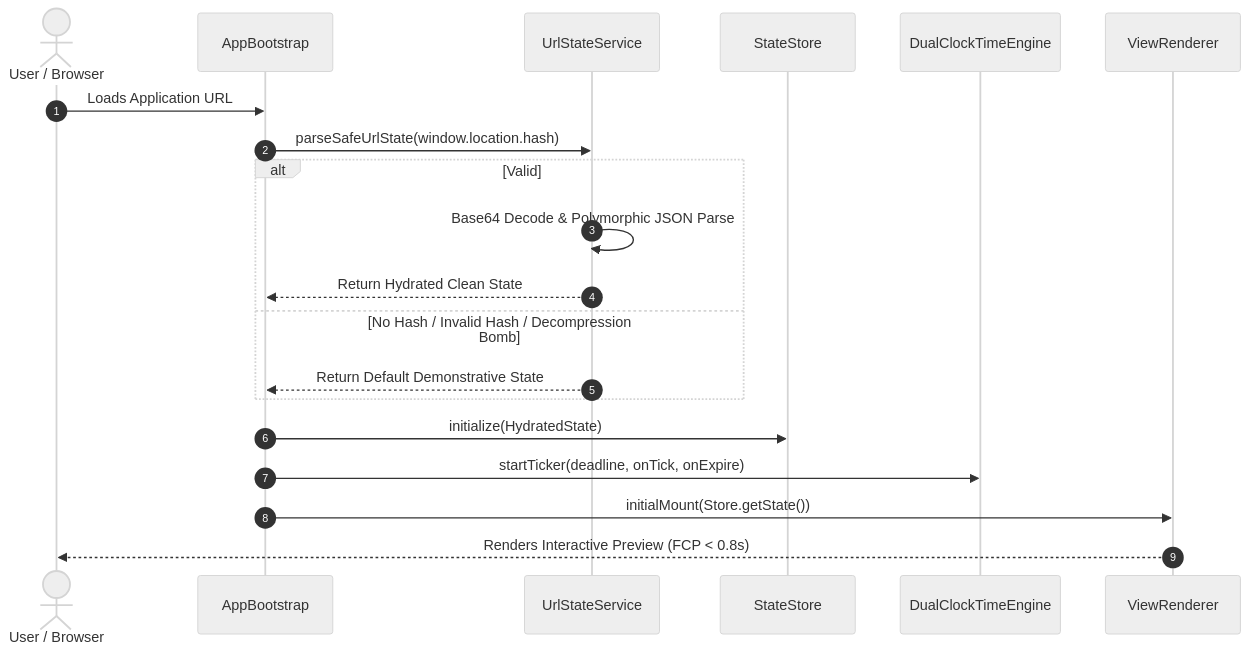
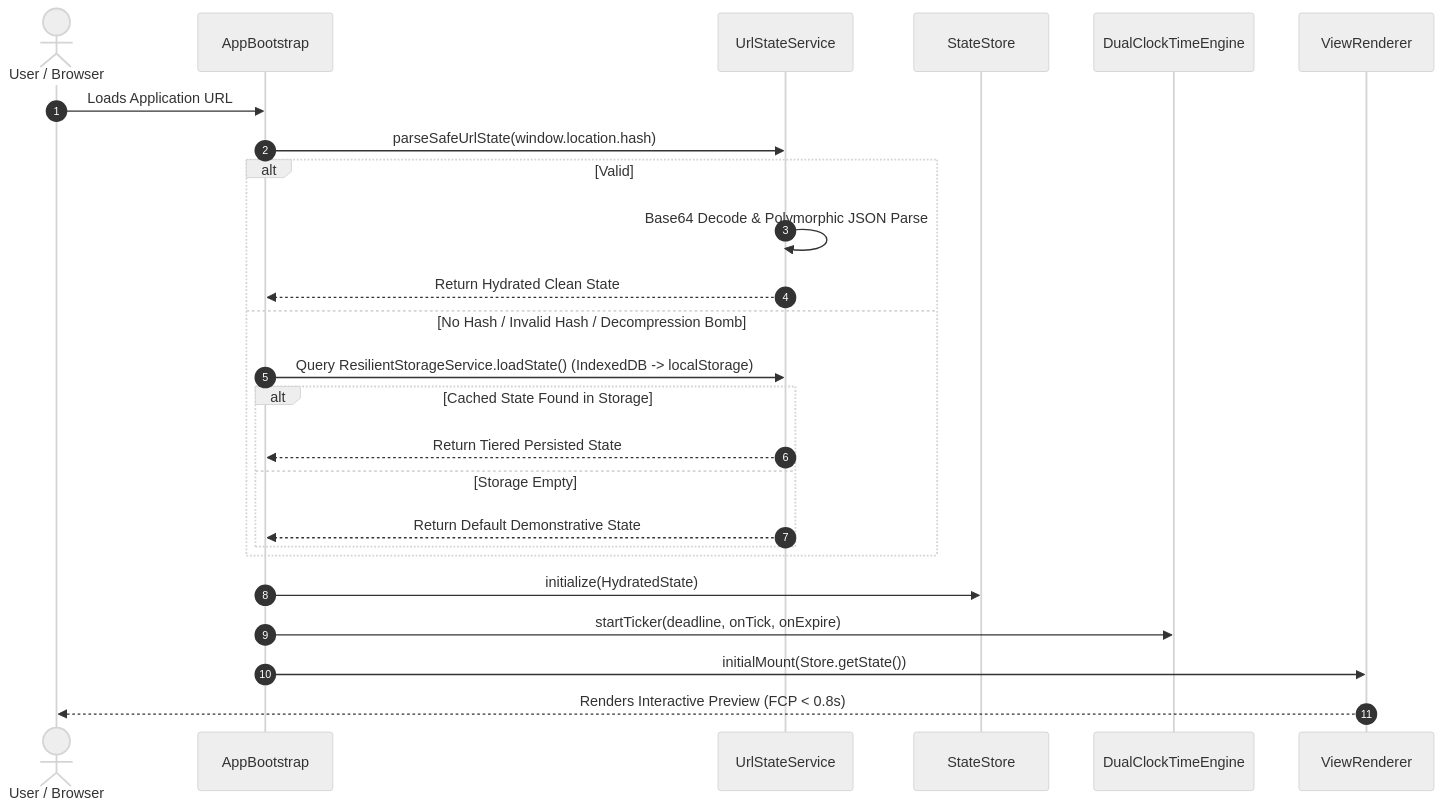
One commit to piyushmakhija28/countdown-lockscreen-challenge changed the first of 10 diagrams in docs/lld/02-dynamic-interaction-sequences.md. Above: the diagram before and after it, drawn with Mermaid (neutral theme). The commit also changed other lines of this file and 46 other files, not shown here.

````diff
--- a/docs/lld/02-dynamic-interaction-sequences.md
+++ b/docs/lld/02-dynamic-interaction-sequences.md
@@ -15,23 +15,28 @@
 ```mermaid
 sequenceDiagram
     autonumber
     actor User as User / Browser
     participant App as AppBootstrap
     participant Router as UrlStateService
     participant Store as StateStore
     participant Ticker as DualClockTimeEngine
     participant View as ViewRenderer
 
     User->>App: Loads Application URL
     App->>Router: parseSafeUrlState(window.location.hash)
     alt Valid #v1= Hash Present
         Router->>Router: Base64 Decode & Polymorphic JSON Parse
         Router-->>App: Return Hydrated Clean State
     else No Hash / Invalid Hash / Decompression Bomb
-        Router-->>App: Return Default Demonstrative State
+        App->>Router: Query ResilientStorageService.loadState() (IndexedDB -> localStorage)
+        alt Cached State Found in Storage
+            Router-->>App: Return Tiered Persisted State
+        else Storage Empty
+            Router-->>App: Return Default Demonstrative State
+        end
     end
     App->>Store: initialize(HydratedState)
     App->>Ticker: startTicker(deadline, onTick, onExpire)
     App->>View: initialMount(Store.getState())
     View-->>User: Renders Interactive Preview (FCP < 0.8s)
 ```
````
